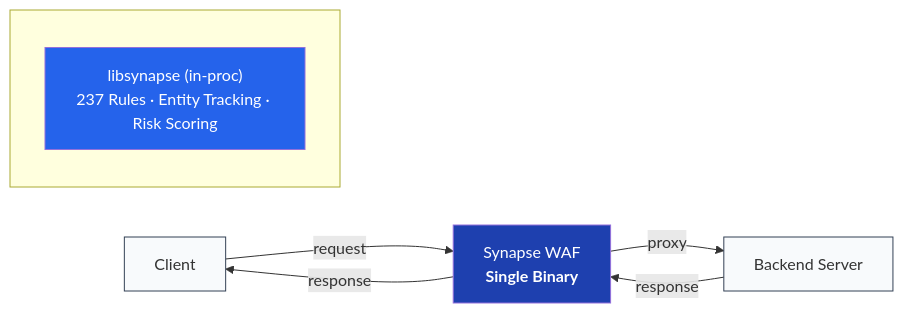
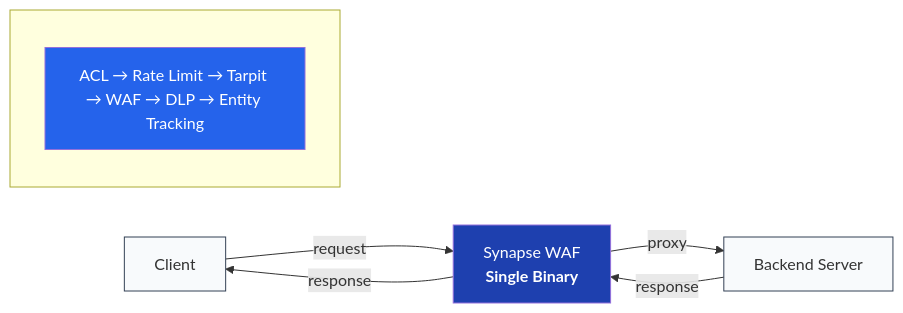
Before and after one commit to atlas-crew/horizon-security-platform: the diagram in apps/synapse-pingora/README.md, drawn with Mermaid. The commit also changed other lines of this file and 1 other file, not shown here.

First line of the commit message:
docs(synapse-waf): rewrite README and bump to v0.9.1

````diff
--- a/apps/synapse-pingora/README.md
+++ b/apps/synapse-pingora/README.md
@@ -24,17 +23,17 @@
 ```mermaid
 flowchart LR
-    Client -->|request| SP["Synapse WAF<br/><b>Single Binary</b>"]
-    SP -->|proxy| Backend[Backend Server]
-    Backend -->|response| SP
-    SP -->|response| Client
+    Client -->|request| SW["Synapse WAF<br/><b>Single Binary</b>"]
+    SW -->|proxy| Backend[Backend Server]
+    Backend -->|response| SW
+    SW -->|response| Client
 
-    subgraph SP_inner [" "]
+    subgraph SW_inner [" "]
         direction TB
-        Engine["libsynapse (in-proc)<br/>237 Rules · Entity Tracking · Risk Scoring"]
+        Pipeline["ACL → Rate Limit → Tarpit → WAF → DLP → Entity Tracking"]
     end
 
-    style SP fill:#1e40af,color:#fff
-    style Engine fill:#2563eb,color:#fff
+    style SW fill:#1e40af,color:#fff
+    style Pipeline fill:#2563eb,color:#fff
     style Client fill:#f8fafc,stroke:#334155
     style Backend fill:#f8fafc,stroke:#334155
 ```
````
